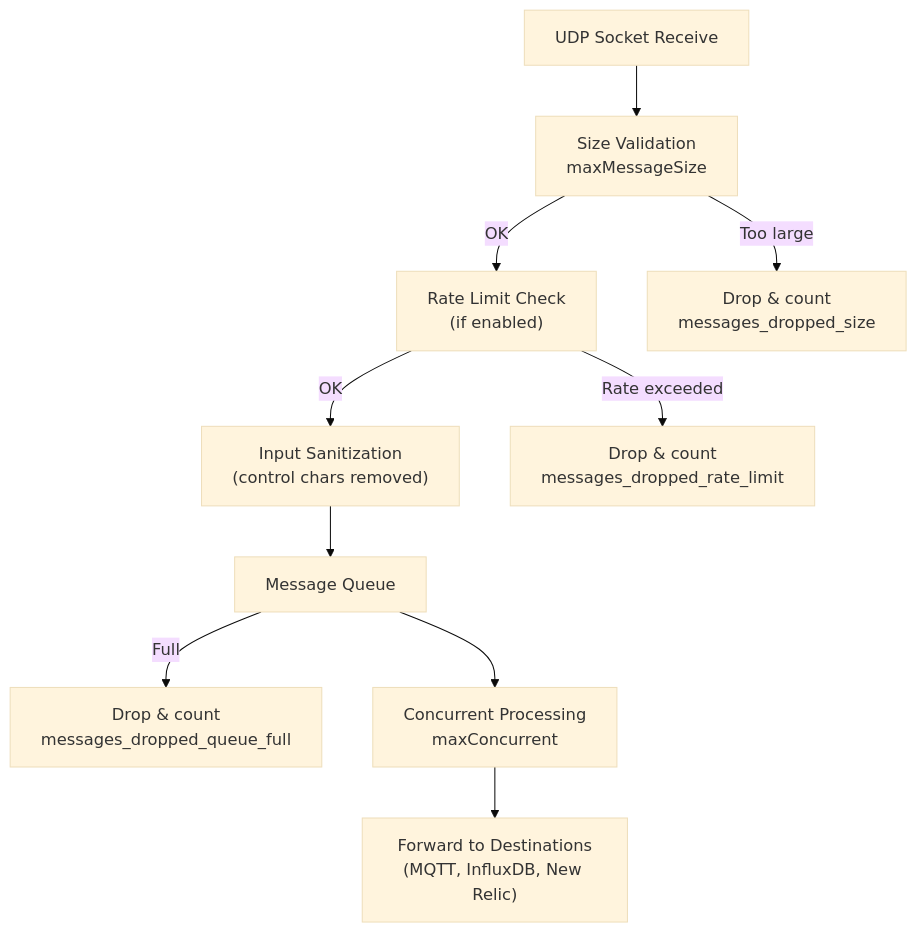
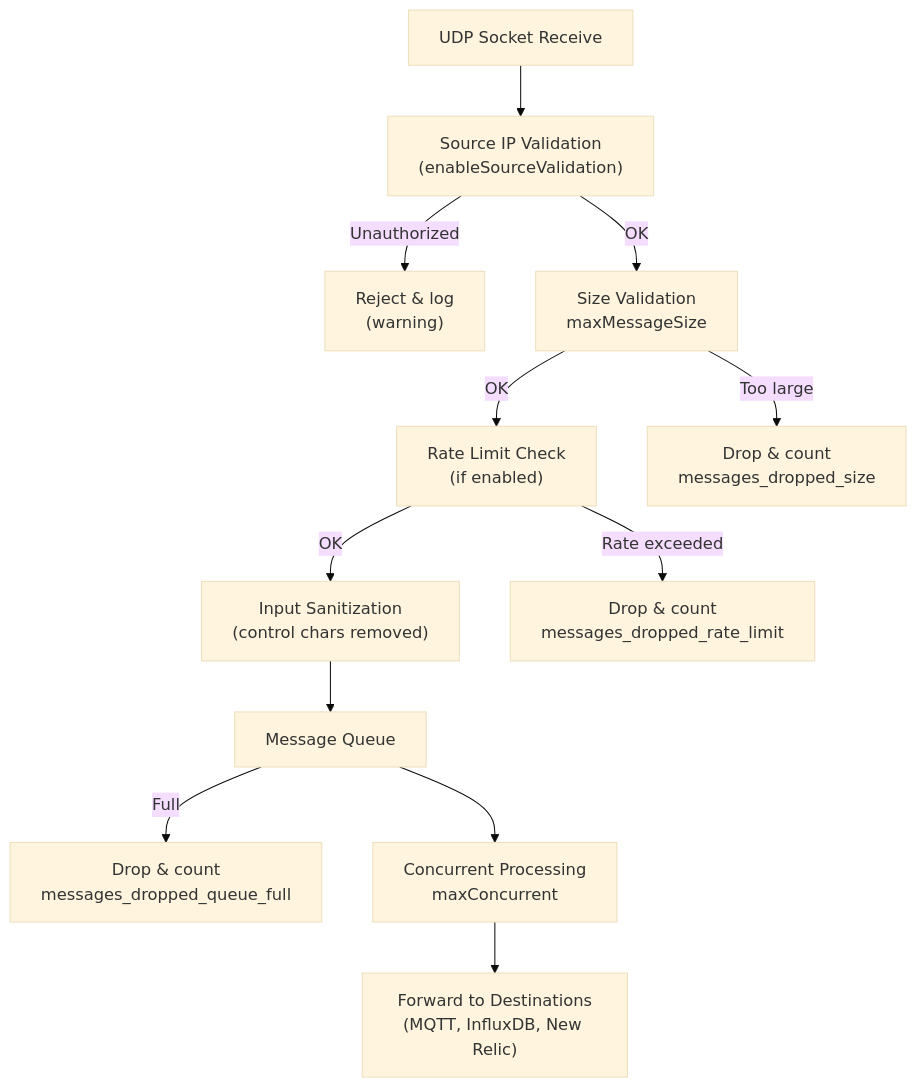
One commit to ptarmiganlabs/butler-sos-docs changed the diagram in docs/docs/concepts/monitoring/udp-queue.md. Above: the diagram before and after it, drawn with Mermaid (base theme). The commit also changed other lines of this file and 9 other files, not shown here.

Commit message:
Add source IP validation for UDP messages and enhance build security documentation

````diff
--- a/docs/docs/concepts/monitoring/udp-queue.md
+++ b/docs/docs/concepts/monitoring/udp-queue.md
@@ -23,12 +23,14 @@
 ```mermaid
 flowchart TD
-    A["UDP Socket Receive"] --> B["Size Validation\nmaxMessageSize"]
-    B -->|"OK"| C["Rate Limit Check\n(if enabled)"]
-    B -->|"Too large"| D["Drop & count\nmessages_dropped_size"]
-    C -->|"OK"| E["Input Sanitization\n(control chars removed)"]
-    C -->|"Rate exceeded"| F["Drop & count\nmessages_dropped_rate_limit"]
-    E --> G["Message Queue"]
-    G -->|"Full"| H["Drop & count\nmessages_dropped_queue_full"]
-    G --> I["Concurrent Processing\nmaxConcurrent"]
-    I --> J["Forward to Destinations\n(MQTT, InfluxDB, New Relic)"]
+    A["UDP Socket Receive"] --> B["Source IP Validation\n(enableSourceValidation)"]
+    B -->|"Unauthorized"| C["Reject & log\n(warning)"]
+    B -->|"OK"| D["Size Validation\nmaxMessageSize"]
+    D -->|"OK"| E["Rate Limit Check\n(if enabled)"]
+    D -->|"Too large"| F["Drop & count\nmessages_dropped_size"]
+    E -->|"OK"| G["Input Sanitization\n(control chars removed)"]
+    E -->|"Rate exceeded"| H["Drop & count\nmessages_dropped_rate_limit"]
+    G --> I["Message Queue"]
+    I -->|"Full"| J["Drop & count\nmessages_dropped_queue_full"]
+    I --> K["Concurrent Processing\nmaxConcurrent"]
+    K --> L["Forward to Destinations\n(MQTT, InfluxDB, New Relic)"]
 ```
````
